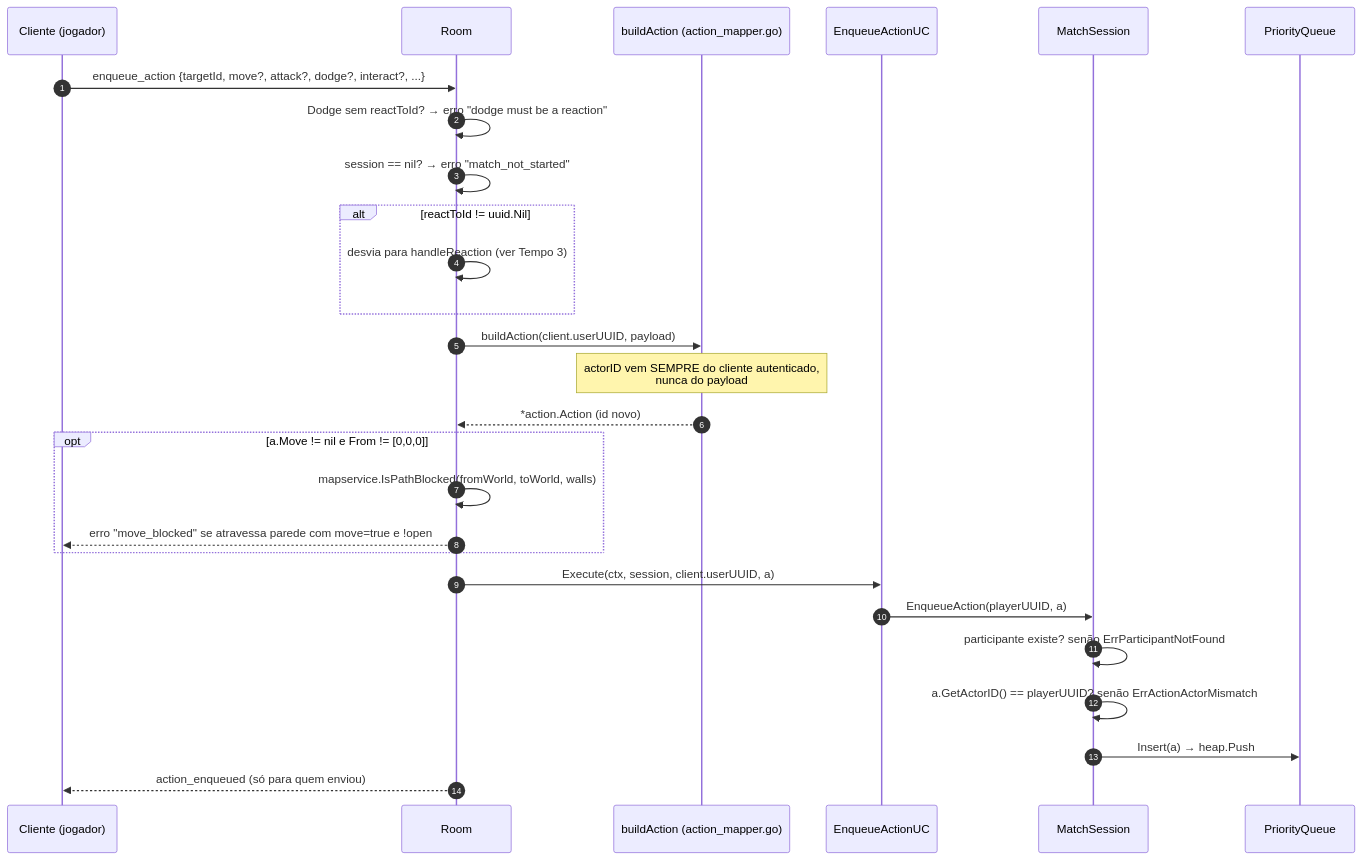
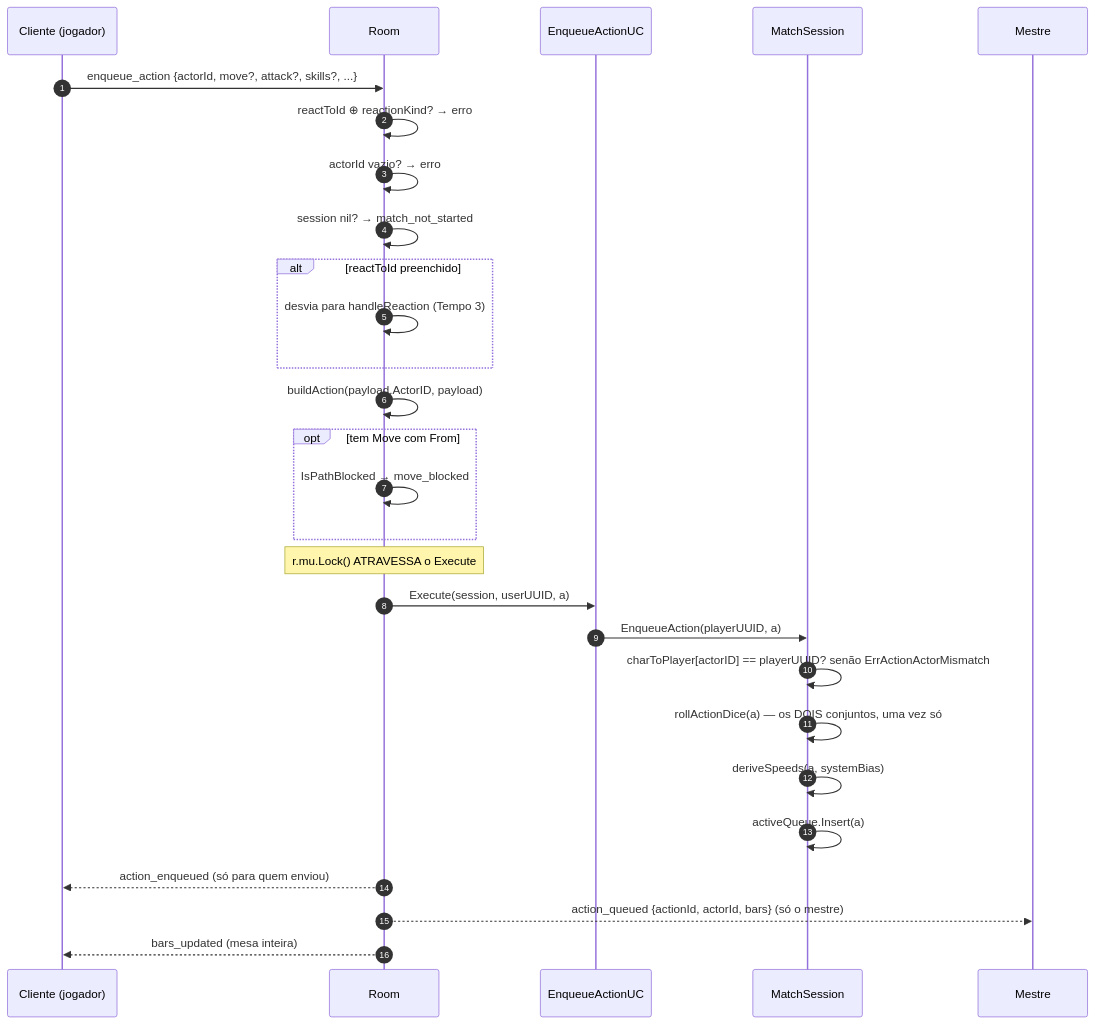
The second of 7 diagrams in docs/dev/match/flows/03-fluxo-de-acao.md (422UR4H/HxH_RPG_System), drawn with Mermaid before and after one commit. The commit also changed other lines of this file and 4 other files, not shown here.

First line of the commit message:
docs: redesenha os fluxos do match com o código da Fase 5

````diff
--- a/docs/dev/match/flows/03-fluxo-de-acao.md
+++ b/docs/dev/match/flows/03-fluxo-de-acao.md
@@ -22,30 +58,31 @@
 ```mermaid
 sequenceDiagram
     autonumber
     participant P as Cliente (jogador)
     participant R as Room
-    participant MAP as buildAction (action_mapper.go)
     participant UC as EnqueueActionUC
     participant S as MatchSession
-    participant Q as PriorityQueue
+    participant M as Mestre
 
-    P->>R: enqueue_action {targetId, move?, attack?, dodge?, interact?, ...}
-    R->>R: Dodge sem reactToId? → erro "dodge must be a reaction"
-    R->>R: session == nil? → erro "match_not_started"
-    alt reactToId != uuid.Nil
-        R->>R: desvia para handleReaction (ver Tempo 3)
+    P->>R: enqueue_action {actorId, move?, attack?, skills?, ...}
+    R->>R: reactToId ⊕ reactionKind? → erro
+    R->>R: actorId vazio? → erro
+    R->>R: session nil? → match_not_started
+    alt reactToId preenchido
+        R->>R: desvia para handleReaction (Tempo 3)
     end
-    R->>MAP: buildAction(client.userUUID, payload)
-    Note over MAP: actorID vem SEMPRE do cliente autenticado,<br/>nunca do payload
-    MAP-->>R: *action.Action (id novo)
-    opt a.Move != nil e From != [0,0,0]
-        R->>R: mapservice.IsPathBlocked(fromWorld, toWorld, walls)
-        R-->>P: erro "move_blocked" se atravessa parede com move=true e !open
+    R->>R: buildAction(payload.ActorID, payload)
+    opt tem Move com From
+        R->>R: IsPathBlocked → move_blocked
     end
-    R->>UC: Execute(ctx, session, client.userUUID, a)
+    Note over R: r.mu.Lock() ATRAVESSA o Execute
+    R->>UC: Execute(session, userUUID, a)
     UC->>S: EnqueueAction(playerUUID, a)
-    S->>S: participante existe? senão ErrParticipantNotFound
-    S->>S: a.GetActorID() == playerUUID? senão ErrActionActorMismatch
-    S->>Q: Insert(a)  → heap.Push
-    R-->>P: action_enqueued (só para quem enviou)
+    S->>S: charToPlayer[actorID] == playerUUID? senão ErrActionActorMismatch
+    S->>S: rollActionDice(a) — os DOIS conjuntos, uma vez só
+    S->>S: deriveSpeeds(a, systemBias)
+    S->>S: activeQueue.Insert(a)
+    R-->>P: action_enqueued  (só para quem enviou)
+    R-->>M: action_queued {actionId, actorId, bars}  (só o mestre)
+    R-->>P: bars_updated  (mesa inteira)
 ```
````
